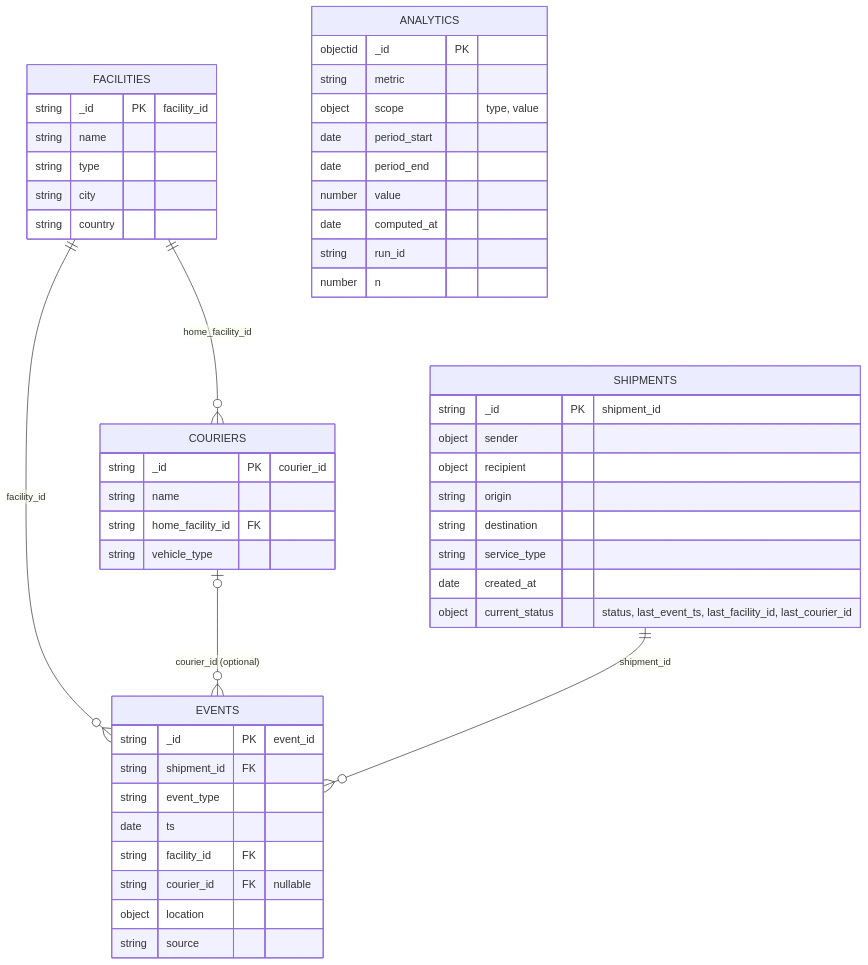
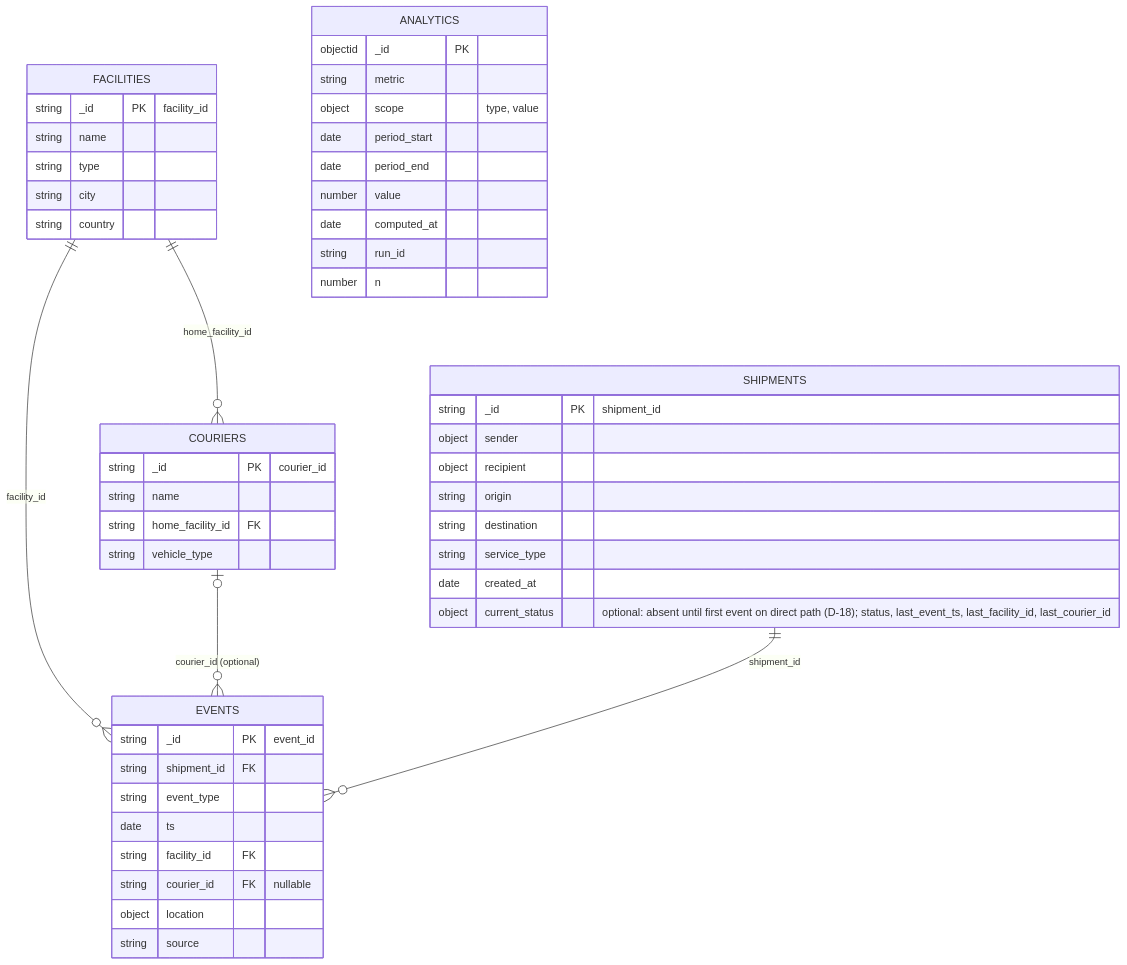
One commit to petrshulgat/shipment-tracking-thesis changed the diagram in docs/erd.md. Above: the diagram before and after it, drawn with Mermaid. The commit also changed 5 other files, not shown here.

````diff
--- a/docs/erd.md
+++ b/docs/erd.md
@@ -5,51 +5,51 @@
 ```mermaid
 erDiagram
   FACILITIES ||--o{ EVENTS : "facility_id"
   FACILITIES ||--o{ COURIERS : "home_facility_id"
   COURIERS |o--o{ EVENTS : "courier_id (optional)"
   SHIPMENTS ||--o{ EVENTS : "shipment_id"
   SHIPMENTS {
     string _id PK "shipment_id"
     object sender
     object recipient
     string origin
     string destination
     string service_type
     date created_at
-    object current_status "status, last_event_ts, last_facility_id, last_courier_id"
+    object current_status "optional: absent until first event on direct path (D-18); status, last_event_ts, last_facility_id, last_courier_id"
   }
   EVENTS {
     string _id PK "event_id"
     string shipment_id FK
     string event_type
     date ts
     string facility_id FK
     string courier_id FK "nullable"
     object location
     string source
   }
   FACILITIES {
     string _id PK "facility_id"
     string name
     string type
     string city
     string country
   }
   COURIERS {
     string _id PK "courier_id"
     string name
     string home_facility_id FK
     string vehicle_type
   }
   ANALYTICS {
     objectid _id PK
     string metric
     object scope "type, value"
     date period_start
     date period_end
     number value
     date computed_at
     string run_id
     number n
   }
 ```
````
